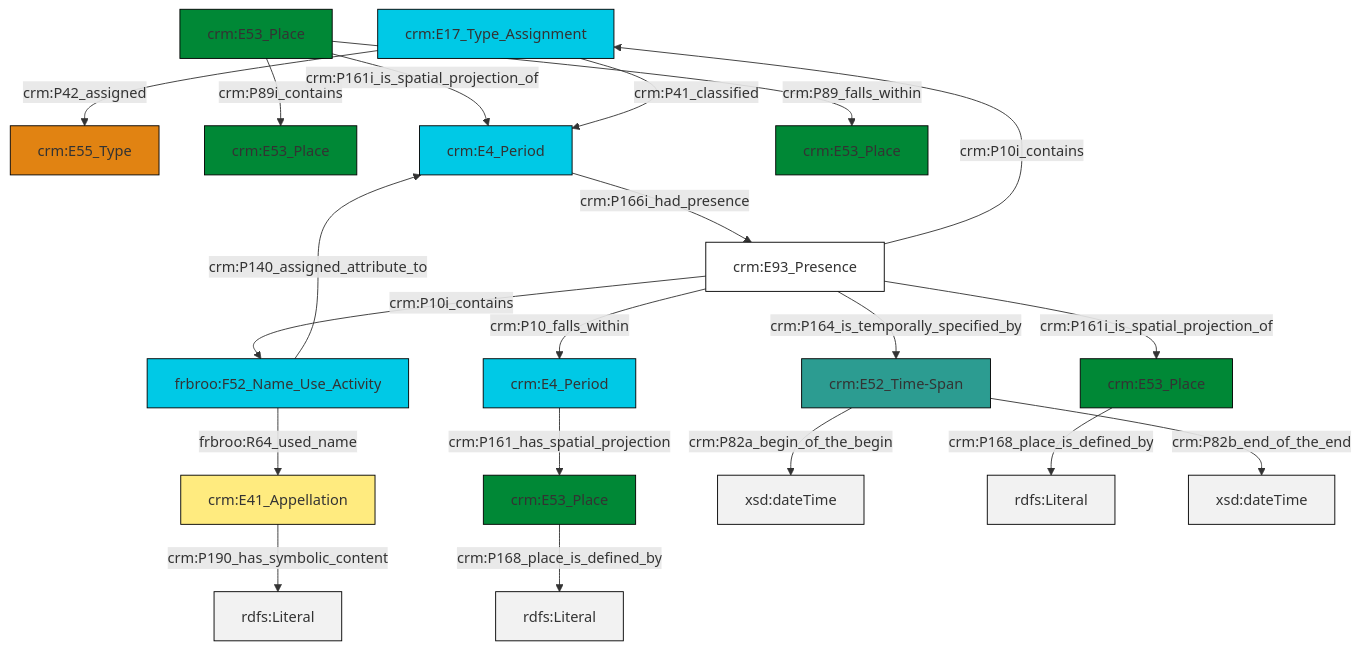
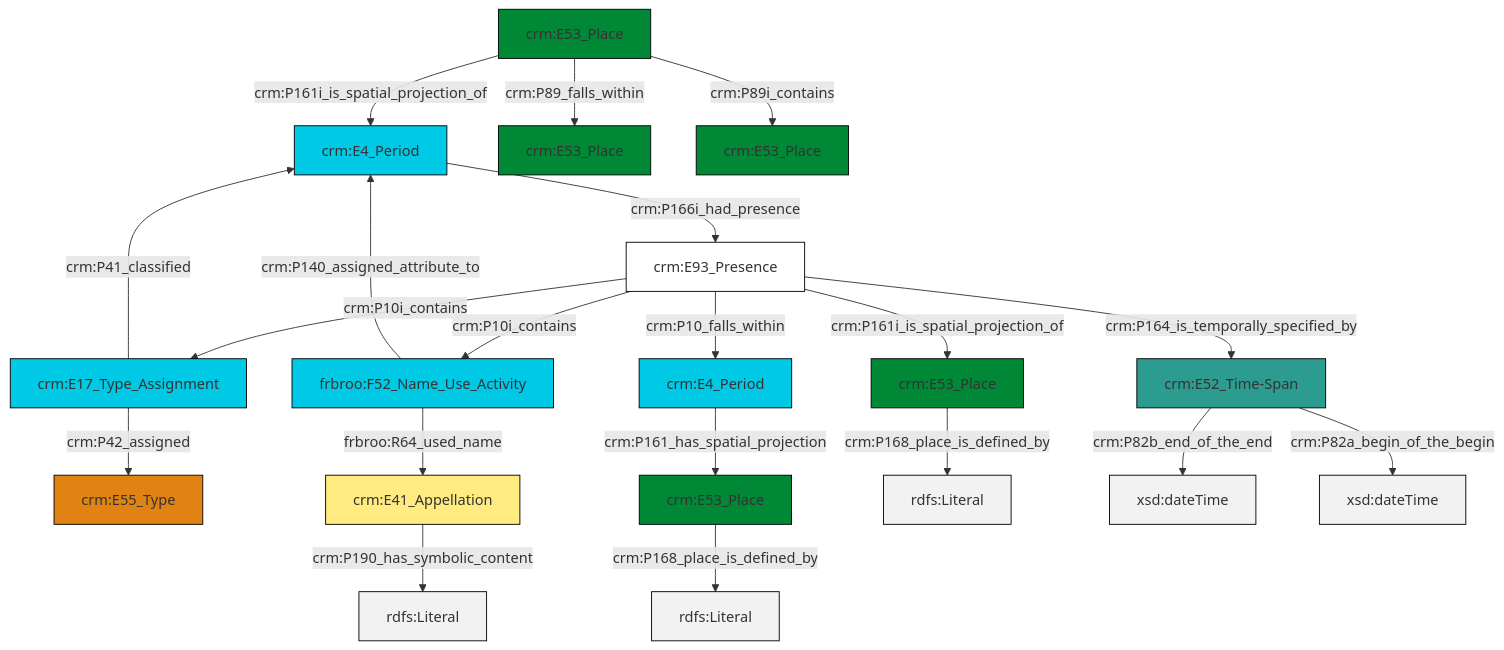
One commit to swiss-art-research-net/docs.swissartresearch changed the diagram in et/placeCSV/ttl/mmd/place_parthood.ttl.mmd. Above: the diagram before and after it, drawn with Mermaid. The commit also changed 182 other files, not shown here.

```diff
--- a/et/placeCSV/ttl/mmd/place_parthood.ttl.mmd
+++ b/et/placeCSV/ttl/mmd/place_parthood.ttl.mmd
@@ -1,34 +1,34 @@
 graph TD
 classDef Literal fill:#f2f2f2,stroke:#000000;
 classDef CRM_Entity fill:#FFFFFF,stroke:#000000;
 classDef Temporal_Entity fill:#00C9E6, stroke:#000000;
 classDef Type fill:#E18312, stroke:#000000;
 classDef Time-Span fill:#2C9C91, stroke:#000000;
 classDef Appellation fill:#FFEB7F, stroke:#000000;
 classDef Place fill:#008836, stroke:#000000;
 classDef Persistent_Item fill:#B266B2, stroke:#000000;
 classDef Conceptual_Object fill:#FFD700, stroke:#000000;
 classDef Physical_Thing fill:#D2B48C, stroke:#000000;
 classDef Actor fill:#f58aad, stroke:#000000;
 classDef PC_Classes fill:#4ce600, stroke:#000000;
 classDef Multi fill:#cccccc,stroke:#000000;
 
-0["crm:E17_Type_Assignment"]:::Temporal_Entity -->|crm:P42_assigned| 1["crm:E55_Type"]:::Type
-6["crm:E53_Place"]:::Place -->|crm:P89i_contains| 2["crm:E53_Place"]:::Place
-7["crm:E93_Presence"]:::CRM_Entity -->|crm:P10i_contains| 8["frbroo:F52_Name_Use_Activity"]:::Temporal_Entity
-8["frbroo:F52_Name_Use_Activity"]:::Temporal_Entity -->|frbroo:R64_used_name| 9["crm:E41_Appellation"]:::Appellation
-7["crm:E93_Presence"]:::CRM_Entity -->|crm:P164_is_temporally_specified_by| 10["crm:E52_Time-Span"]:::Time-Span
-7["crm:E93_Presence"]:::CRM_Entity -->|crm:P10i_contains| 0["crm:E17_Type_Assignment"]:::Temporal_Entity
-6["crm:E53_Place"]:::Place -->|crm:P161i_is_spatial_projection_of| 17["crm:E4_Period"]:::Temporal_Entity
-9["crm:E41_Appellation"]:::Appellation -->|crm:P190_has_symbolic_content| 18[rdfs:Literal]:::Literal
-8["frbroo:F52_Name_Use_Activity"]:::Temporal_Entity -->|crm:P140_assigned_attribute_to| 17["crm:E4_Period"]:::Temporal_Entity
-0["crm:E17_Type_Assignment"]:::Temporal_Entity -->|crm:P41_classified| 17["crm:E4_Period"]:::Temporal_Entity
-6["crm:E53_Place"]:::Place -->|crm:P89_falls_within| 21["crm:E53_Place"]:::Place
-7["crm:E93_Presence"]:::CRM_Entity -->|crm:P10_falls_within| 4["crm:E4_Period"]:::Temporal_Entity
-17["crm:E4_Period"]:::Temporal_Entity -->|crm:P166i_had_presence| 7["crm:E93_Presence"]:::CRM_Entity
-10["crm:E52_Time-Span"]:::Time-Span -->|crm:P82a_begin_of_the_begin| 24[xsd:dateTime]:::Literal
-7["crm:E93_Presence"]:::CRM_Entity -->|crm:P161i_is_spatial_projection_of| 11["crm:E53_Place"]:::Place
-11["crm:E53_Place"]:::Place -->|crm:P168_place_is_defined_by| 27[rdfs:Literal]:::Literal
-19["crm:E53_Place"]:::Place -->|crm:P168_place_is_defined_by| 28[rdfs:Literal]:::Literal
-4["crm:E4_Period"]:::Temporal_Entity -->|crm:P161_has_spatial_projection| 19["crm:E53_Place"]:::Place
-10["crm:E52_Time-Span"]:::Time-Span -->|crm:P82b_end_of_the_end| 30[xsd:dateTime]:::Literal
+0["crm:E53_Place"]:::Place -->|crm:P161i_is_spatial_projection_of| 1["crm:E4_Period"]:::Temporal_Entity
+2["crm:E17_Type_Assignment"]:::Temporal_Entity -->|crm:P42_assigned| 3["crm:E55_Type"]:::Type
+5["crm:E93_Presence"]:::CRM_Entity -->|crm:P161i_is_spatial_projection_of| 6["crm:E53_Place"]:::Place
+2["crm:E17_Type_Assignment"]:::Temporal_Entity -->|crm:P41_classified| 1["crm:E4_Period"]:::Temporal_Entity
+9["crm:E53_Place"]:::Place -->|crm:P168_place_is_defined_by| 14[rdfs:Literal]:::Literal
+15["crm:E4_Period"]:::Temporal_Entity -->|crm:P161_has_spatial_projection| 9["crm:E53_Place"]:::Place
+5["crm:E93_Presence"]:::CRM_Entity -->|crm:P10i_contains| 7["frbroo:F52_Name_Use_Activity"]:::Temporal_Entity
+7["frbroo:F52_Name_Use_Activity"]:::Temporal_Entity -->|frbroo:R64_used_name| 17["crm:E41_Appellation"]:::Appellation
+6["crm:E53_Place"]:::Place -->|crm:P168_place_is_defined_by| 19[rdfs:Literal]:::Literal
+11["crm:E52_Time-Span"]:::Time-Span -->|crm:P82b_end_of_the_end| 20[xsd:dateTime]:::Literal
+0["crm:E53_Place"]:::Place -->|crm:P89_falls_within| 23["crm:E53_Place"]:::Place
+1["crm:E4_Period"]:::Temporal_Entity -->|crm:P166i_had_presence| 5["crm:E93_Presence"]:::CRM_Entity
+17["crm:E41_Appellation"]:::Appellation -->|crm:P190_has_symbolic_content| 24[rdfs:Literal]:::Literal
+7["frbroo:F52_Name_Use_Activity"]:::Temporal_Entity -->|crm:P140_assigned_attribute_to| 1["crm:E4_Period"]:::Temporal_Entity
+5["crm:E93_Presence"]:::CRM_Entity -->|crm:P164_is_temporally_specified_by| 11["crm:E52_Time-Span"]:::Time-Span
+5["crm:E93_Presence"]:::CRM_Entity -->|crm:P10i_contains| 2["crm:E17_Type_Assignment"]:::Temporal_Entity
+0["crm:E53_Place"]:::Place -->|crm:P89i_contains| 26["crm:E53_Place"]:::Place
+11["crm:E52_Time-Span"]:::Time-Span -->|crm:P82a_begin_of_the_begin| 27[xsd:dateTime]:::Literal
+5["crm:E93_Presence"]:::CRM_Entity -->|crm:P10_falls_within| 15["crm:E4_Period"]:::Temporal_Entity
```
